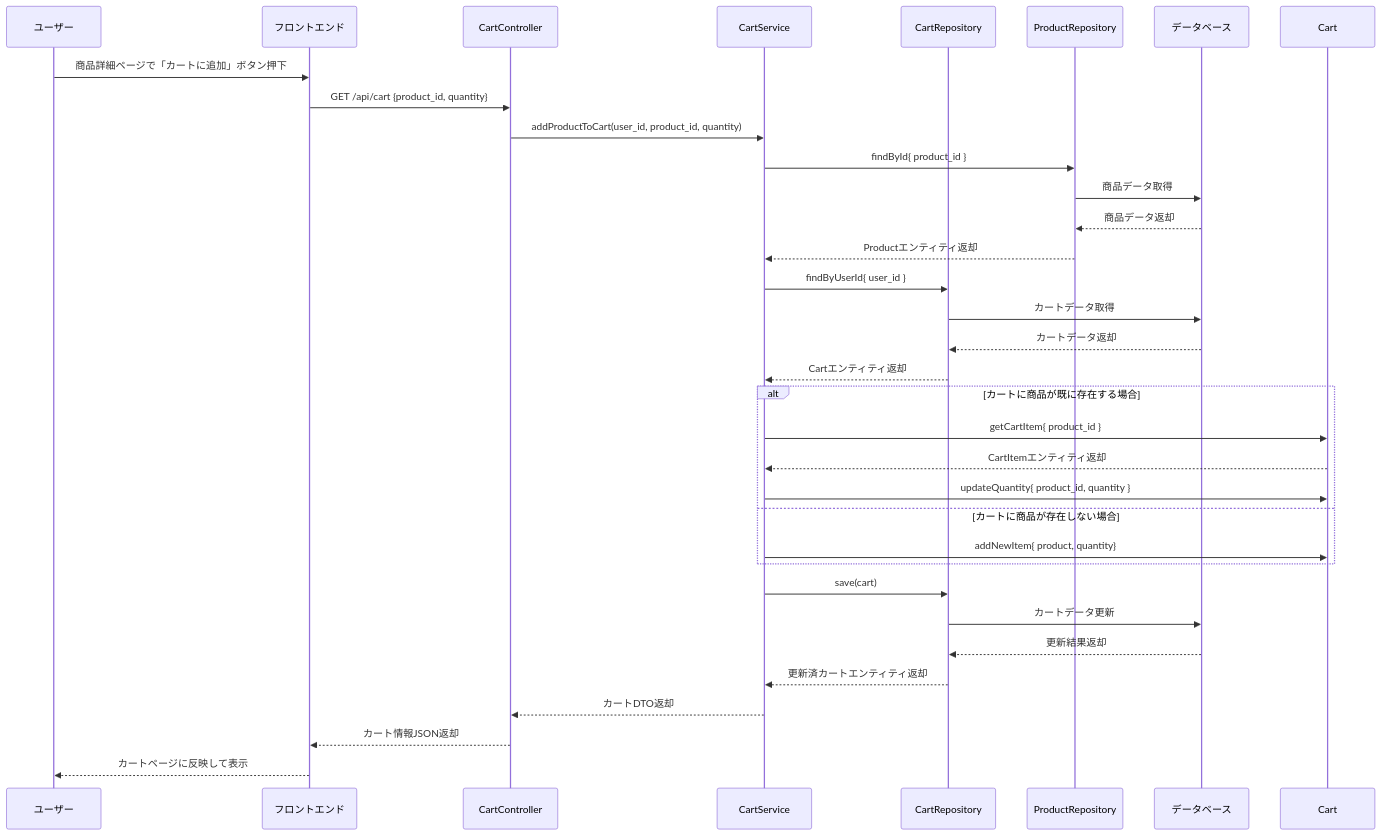
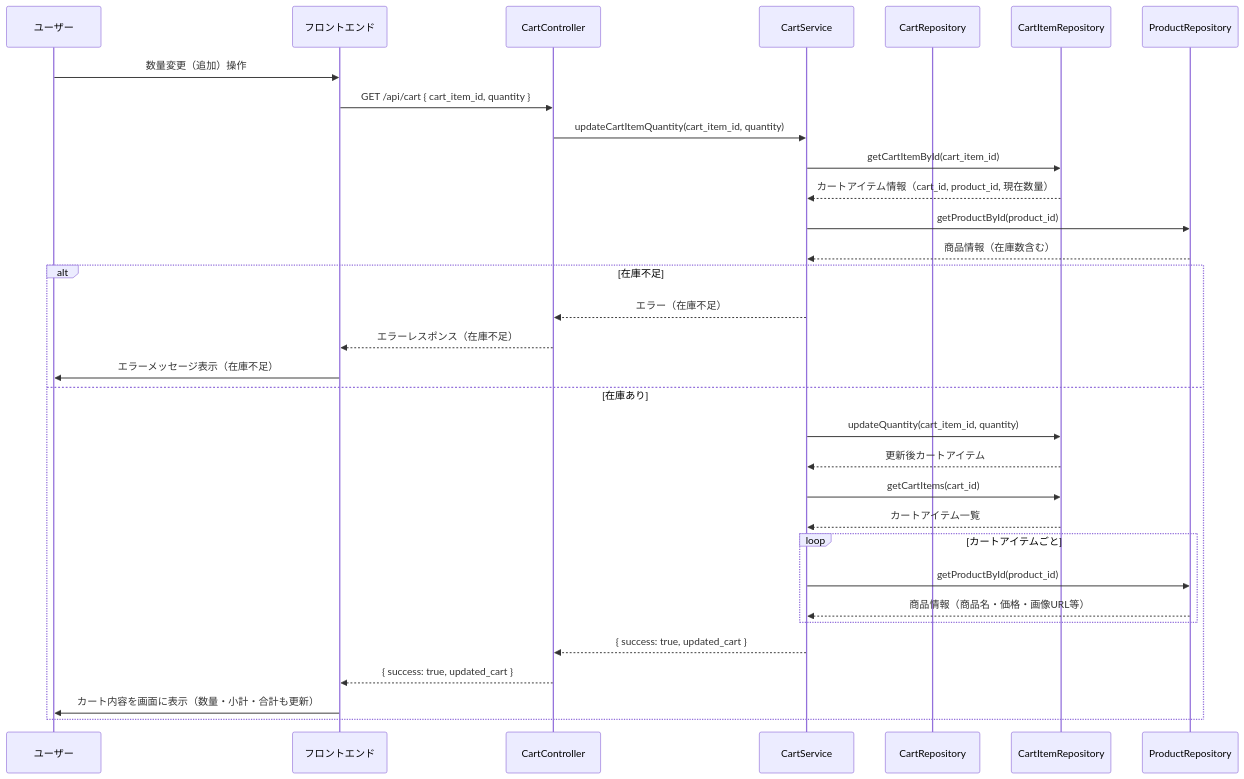
One commit to Aoi-Yaegashi/teamF changed the sixth of 32 diagrams in 詳細設計/担当B_村田/3.2 機能詳細.md. Above: the diagram before and after it, drawn with Mermaid. The commit also changed other lines of this file and 1 other file, not shown here.

Commit message:
必須機能のシーケンス図更新

```diff
--- a/詳細設計/担当B_村田/3.2 機能詳細.md
+++ b/詳細設計/担当B_村田/3.2 機能詳細.md
@@ -136,36 +260,57 @@
 <div class="mermaid">
 sequenceDiagram
     participant User as ユーザー
-    participant Browser as フロントエンド
-    participant CartController as CartController
-    participant CartService as CartService
+    participant FE as フロントエンド
+    participant CartC as CartController
+    participant CartS as CartService
     participant CartRepo as CartRepository
-    participant ProductRepo as ProductRepository
-    participant DB as データベース
+    participant CartItemRepo as CartItemRepository
+    participant ProdRepo as ProductRepository
 
-    User->>Browser: 商品詳細ページで「カートに追加」ボタン押下
-    Browser->>CartController: GET /api/cart {product_id, quantity}
-    CartController->>CartService: addProductToCart(user_id, product_id, quantity)
-    CartService->>ProductRepo: findById{ product_id }
-    ProductRepo->>DB: 商品データ取得
-    DB-->>ProductRepo: 商品データ返却
-    ProductRepo-->>CartService: Productエンティティ返却
-    CartService->>CartRepo: findByUserId{ user_id }
-    CartRepo->>DB: カートデータ取得
-    DB-->>CartRepo: カートデータ返却
-    CartRepo-->>CartService: Cartエンティティ返却
-    alt カートに商品が既に存在する場合
-        CartService->>Cart: getCartItem{ product_id }
-        Cart-->>CartService: CartItemエンティティ返却
-        CartService->>Cart: updateQuantity{ product_id, quantity }
-    else カートに商品が存在しない場合
-        CartService->>Cart: addNewItem{ product, quantity}
+    %% 1. ユーザーがカート画面で数量入力欄を編集し「更新」ボタンを押す
+    User->>FE: 数量変更（追加）操作
+
+    %% 2. フロントエンドがAPI呼び出し
+    FE->>CartC: GET /api/cart { cart_item_id, quantity }
+
+    %% 3. コントローラがサービスに処理を依頼
+    CartC->>CartS: updateCartItemQuantity(cart_item_id, quantity)
+
+    %% 4. サービスがカートアイテムを取得
+    CartS->>CartItemRepo: getCartItemById(cart_item_id)
+    CartItemRepo-->>CartS: カートアイテム情報（cart_id, product_id, 現在数量）
+
+    %% 5. サービスが商品情報を取得（在庫チェックのため）
+    CartS->>ProdRepo: getProductById(product_id)
+    ProdRepo-->>CartS: 商品情報（在庫数含む）
+
+    %% 6. サービスが在庫チェック
+    alt 在庫不足
+        CartS-->>CartC: エラー（在庫不足）
+        CartC-->>FE: エラーレスポンス（在庫不足）
+        FE->>User: エラーメッセージ表示（在庫不足）
+    else 在庫あり
+        %% 7. サービスがカートアイテムの数量を更新
+        CartS->>CartItemRepo: updateQuantity(cart_item_id, quantity)
+        CartItemRepo-->>CartS: 更新後カートアイテム
+
+        %% 8. サービスが最新カート内容を取得
+        CartS->>CartItemRepo: getCartItems(cart_id)
+        CartItemRepo-->>CartS: カートアイテム一覧
+
+        %% 9. サービスが各カートアイテムの商品情報を取得し小計・合計を計算
+        loop カートアイテムごと
+            CartS->>ProdRepo: getProductById(product_id)
+            ProdRepo-->>CartS: 商品情報（商品名・価格・画像URL等）
+        end
+
+        %% 10. サービスがコントローラに返却
+        CartS-->>CartC: { success: true, updated_cart }
+
+        %% 11. コントローラがフロントエンドにレスポンス
+        CartC-->>FE: { success: true, updated_cart }
+
+        %% 12. フロントエンドが画面に反映
+        FE->>User: カート内容を画面に表示（数量・小計・合計も更新）
     end
-    CartService->>CartRepo: save(cart)
-    CartRepo->>DB: カートデータ更新
-    DB-->>CartRepo: 更新結果返却
-    CartRepo-->>CartService: 更新済カートエンティティ返却
-    CartService-->>CartController: カートDTO返却
-    CartController-->>Browser: カート情報JSON返却
-    Browser-->>User: カートページに反映して表示
 </div>
```
